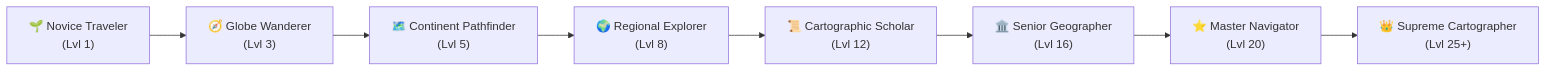
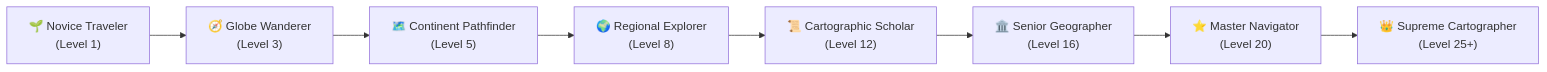
The second of 2 diagrams in README.md (kenenisabeyan/country-quiz), drawn with Mermaid before and after one commit. The commit also changed other lines of this file, not shown here.

Commit message:
docs: Redesign README with advanced shields, architecture diagrams, and complete feature matrix

````diff
--- a/README.md
+++ b/README.md
@@ -129,10 +215,10 @@
 ```mermaid
 flowchart LR
-    L1["🌱 Novice Traveler\n(Lvl 1)"] --> L3["🧭 Globe Wanderer\n(Lvl 3)"]
-    L3 --> L5["🗺️ Continent Pathfinder\n(Lvl 5)"]
-    L5 --> L8["🌍 Regional Explorer\n(Lvl 8)"]
-    L8 --> L12["📜 Cartographic Scholar\n(Lvl 12)"]
-    L12 --> L16["🏛️ Senior Geographer\n(Lvl 16)"]
-    L16 --> L20["⭐ Master Navigator\n(Lvl 20)"]
-    L20 --> L25["👑 Supreme Cartographer\n(Lvl 25+)"]
+    L1["🌱 Novice Traveler\n(Level 1)"] --> L3["🧭 Globe Wanderer\n(Level 3)"]
+    L3 --> L5["🗺️ Continent Pathfinder\n(Level 5)"]
+    L5 --> L8["🌍 Regional Explorer\n(Level 8)"]
+    L8 --> L12["📜 Cartographic Scholar\n(Level 12)"]
+    L12 --> L16["🏛️ Senior Geographer\n(Level 16)"]
+    L16 --> L20["⭐ Master Navigator\n(Level 20)"]
+    L20 --> L25["👑 Supreme Cartographer\n(Level 25+)"]
 ```
````
